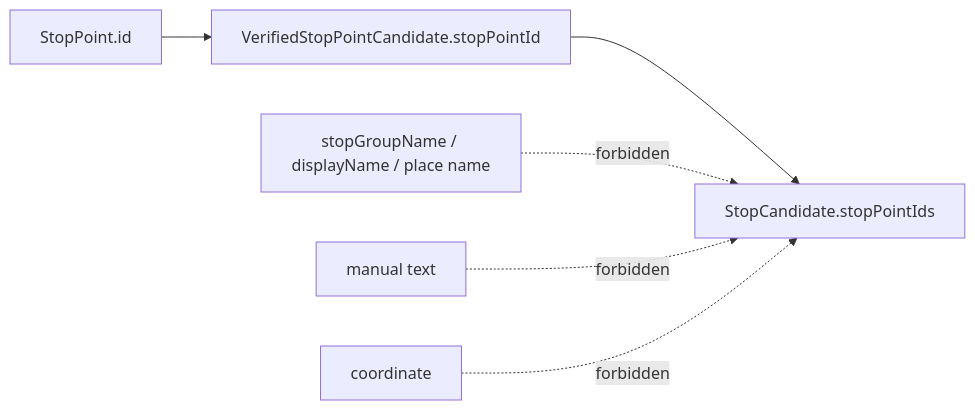
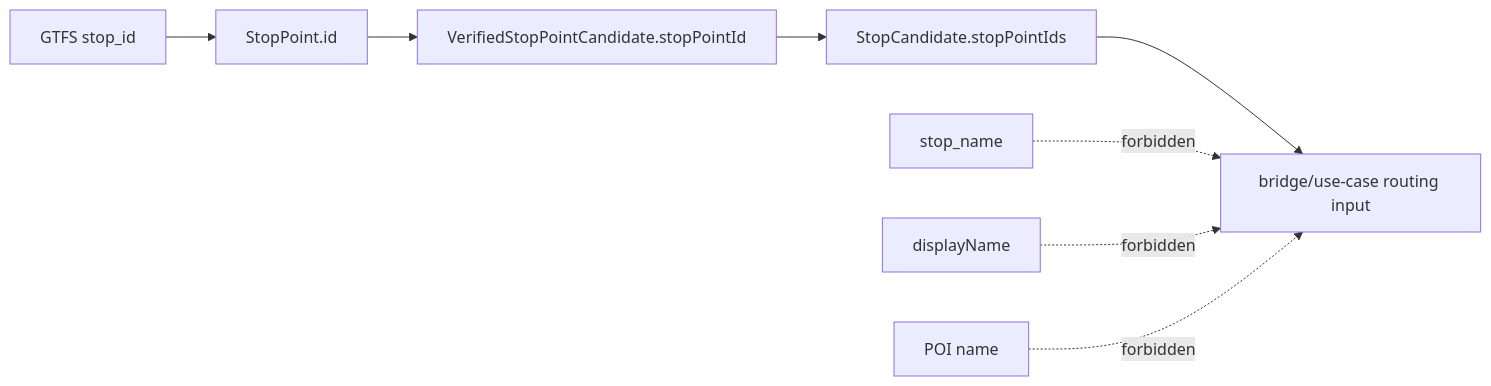
One commit to Fuuduuu/ANDROBUSS changed the third of 5 diagrams in docs/MERMAID_DIAGRAMS.md. Above: the diagram before and after it, drawn with Mermaid. The commit also changed other lines of this file and 12 other files, not shown here.

Commit message:
docs: sync GTFS pipeline architecture diagrams

````diff
--- a/docs/MERMAID_DIAGRAMS.md
+++ b/docs/MERMAID_DIAGRAMS.md
@@ -143,9 +36,11 @@
 ```mermaid
 flowchart LR
-    StopPointIdSrc["StopPoint.id"] --> VerifiedId["VerifiedStopPointCandidate.stopPointId"]
-    VerifiedId --> EnrichedIds["StopCandidate.stopPointIds"]
+    StopId["GTFS stop_id"] --> DomainId["StopPoint.id"]
+    DomainId --> VerifiedId["VerifiedStopPointCandidate.stopPointId"]
+    VerifiedId --> CandidateIds["StopCandidate.stopPointIds"]
+    CandidateIds --> BridgeUse["bridge/use-case routing input"]
 
-    ForbiddenName["stopGroupName / displayName / place name"] -. forbidden .-> EnrichedIds
-    ForbiddenText["manual text"] -. forbidden .-> EnrichedIds
-    ForbiddenCoord["coordinate"] -. forbidden .-> EnrichedIds
+    Bad1["stop_name"] -. forbidden .-> BridgeUse
+    Bad2["displayName"] -. forbidden .-> BridgeUse
+    Bad3["POI name"] -. forbidden .-> BridgeUse
 ```
````
